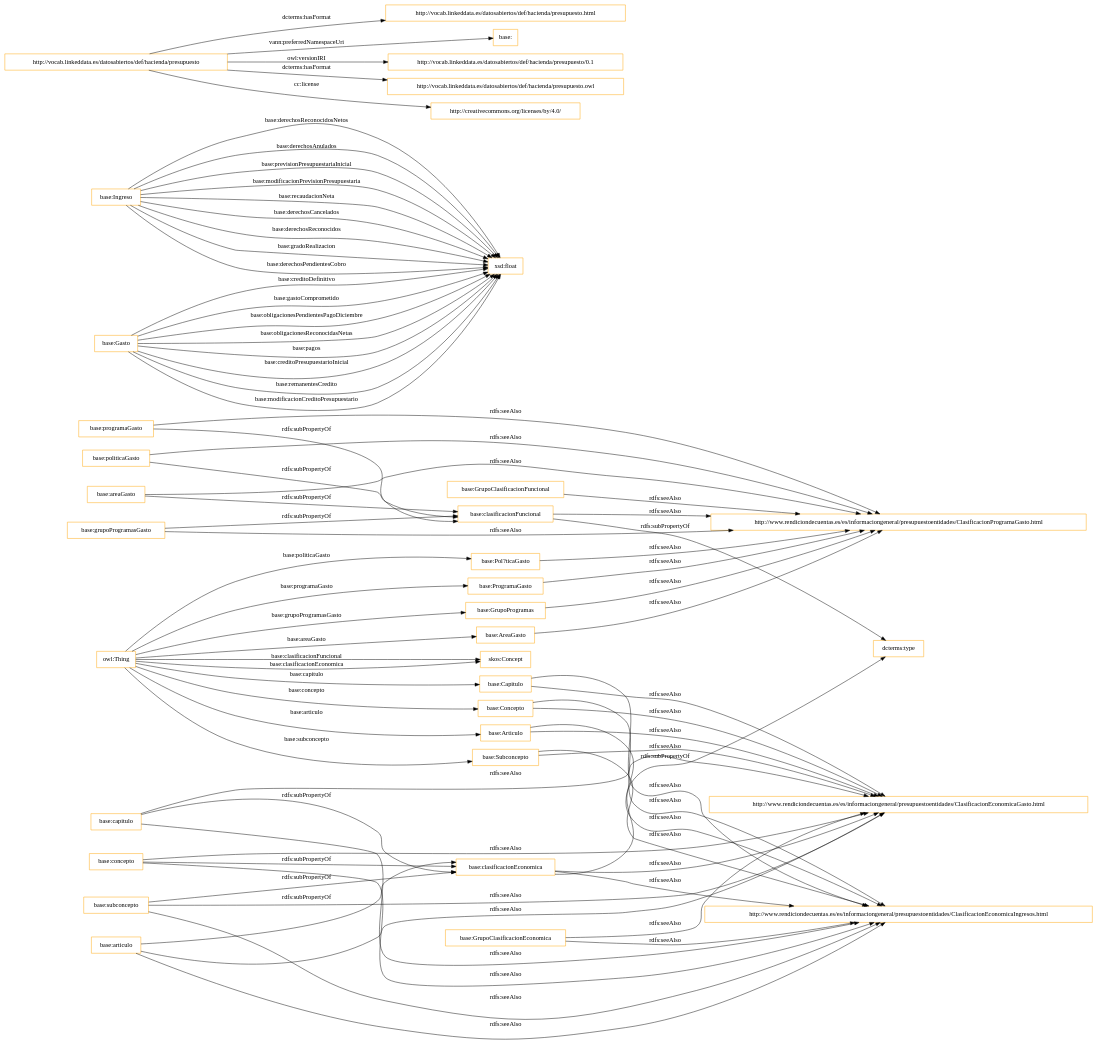
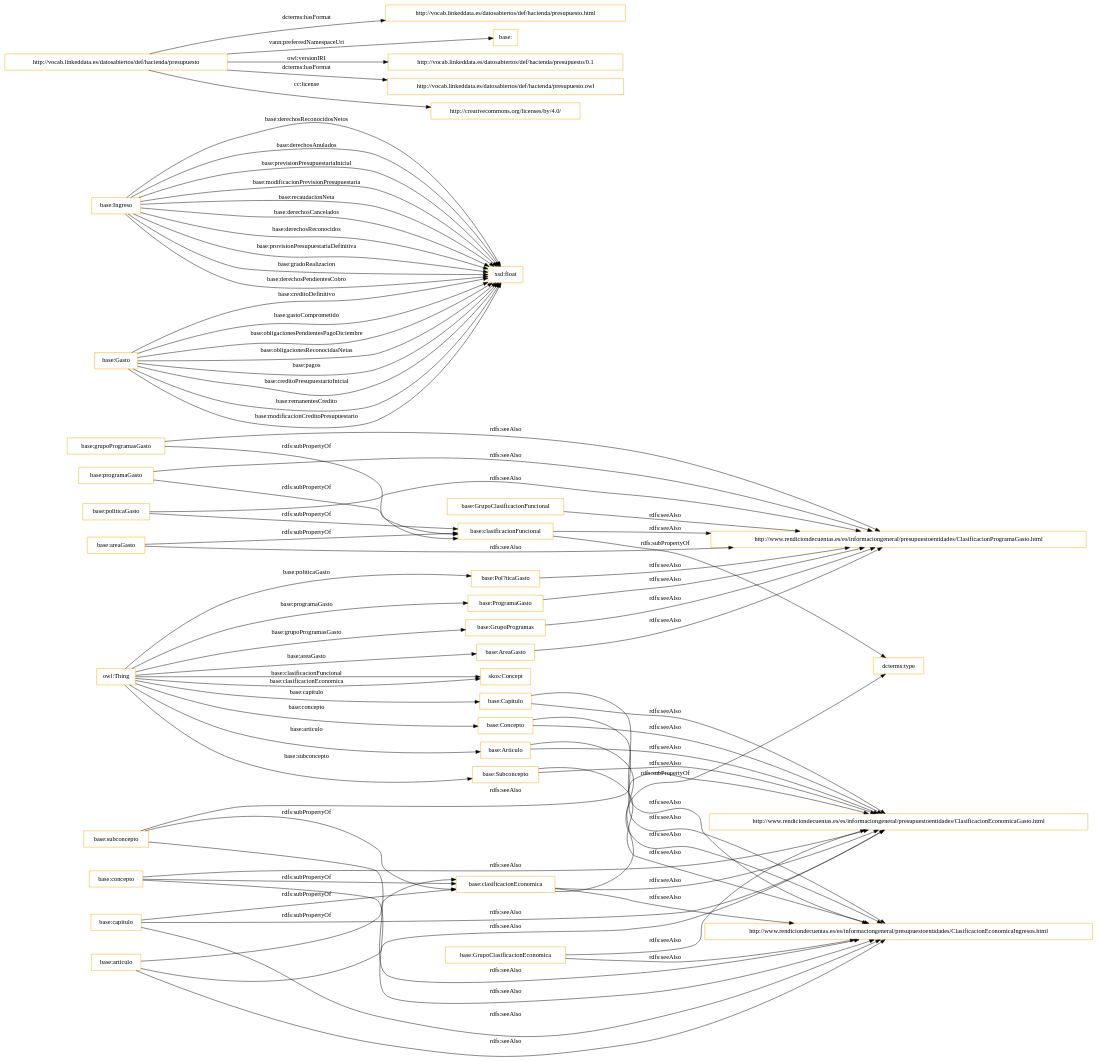
One commit to opencitydata/vocabularios-datos-abiertos changed the diagram in OnToology/hacienda/presupuesto.owl/diagrams/ar2dtool-class/presupuesto.owl.png.dot. Above: the diagram before and after it, drawn with Graphviz. The commit also changed 26 other files, not shown here.

```diff
--- a/OnToology/hacienda/presupuesto.owl/diagrams/ar2dtool-class/presupuesto.owl.png.dot
+++ b/OnToology/hacienda/presupuesto.owl/diagrams/ar2dtool-class/presupuesto.owl.png.dot
@@ -1,78 +1,79 @@
 digraph ar2dtool_diagram { 
 rankdir=LR;
 size="1501"
 node [shape = rectangle, color="orange"]; "base:GrupoProgramas" "base:GrupoClasificacionFuncional" "base:Ingreso" "base:AreaGasto" "base:Articulo" "base:Pol?ticaGasto" "base:ProgramaGasto" "skos:Concept" "base:Capitulo" "base:Subconcepto" "base:Gasto" "base:GrupoClasificacionEconomica" "base:Concepto" ; /*classes style*/
+	"base:grupoProgramasGasto" -> "http://www.rendiciondecuentas.es/es/informaciongeneral/presupuestoentidades/ClasificacionProgramaGasto.html" [ label = "rdfs:seeAlso" ];
+	"base:grupoProgramasGasto" -> "base:clasificacionFuncional" [ label = "rdfs:subPropertyOf" ];
+	"base:Concepto" -> "http://www.rendiciondecuentas.es/es/informaciongeneral/presupuestoentidades/ClasificacionEconomicaIngresos.html" [ label = "rdfs:seeAlso" ];
+	"base:Concepto" -> "http://www.rendiciondecuentas.es/es/informaciongeneral/presupuestoentidades/ClasificacionEconomicaGasto.html" [ label = "rdfs:seeAlso" ];
 	"base:concepto" -> "http://www.rendiciondecuentas.es/es/informaciongeneral/presupuestoentidades/ClasificacionEconomicaIngresos.html" [ label = "rdfs:seeAlso" ];
 	"base:concepto" -> "http://www.rendiciondecuentas.es/es/informaciongeneral/presupuestoentidades/ClasificacionEconomicaGasto.html" [ label = "rdfs:seeAlso" ];
 	"base:concepto" -> "base:clasificacionEconomica" [ label = "rdfs:subPropertyOf" ];
-	"base:programaGasto" -> "http://www.rendiciondecuentas.es/es/informaciongeneral/presupuestoentidades/ClasificacionProgramaGasto.html" [ label = "rdfs:seeAlso" ];
-	"base:programaGasto" -> "base:clasificacionFuncional" [ label = "rdfs:subPropertyOf" ];
-	"base:Subconcepto" -> "http://www.rendiciondecuentas.es/es/informaciongeneral/presupuestoentidades/ClasificacionEconomicaIngresos.html" [ label = "rdfs:seeAlso" ];
-	"base:Subconcepto" -> "http://www.rendiciondecuentas.es/es/informaciongeneral/presupuestoentidades/ClasificacionEconomicaGasto.html" [ label = "rdfs:seeAlso" ];
+	"base:Capitulo" -> "http://www.rendiciondecuentas.es/es/informaciongeneral/presupuestoentidades/ClasificacionEconomicaIngresos.html" [ label = "rdfs:seeAlso" ];
+	"base:Capitulo" -> "http://www.rendiciondecuentas.es/es/informaciongeneral/presupuestoentidades/ClasificacionEconomicaGasto.html" [ label = "rdfs:seeAlso" ];
+	"base:capitulo" -> "http://www.rendiciondecuentas.es/es/informaciongeneral/presupuestoentidades/ClasificacionEconomicaIngresos.html" [ label = "rdfs:seeAlso" ];
+	"base:capitulo" -> "http://www.rendiciondecuentas.es/es/informaciongeneral/presupuestoentidades/ClasificacionEconomicaGasto.html" [ label = "rdfs:seeAlso" ];
+	"base:capitulo" -> "base:clasificacionEconomica" [ label = "rdfs:subPropertyOf" ];
+	"base:GrupoClasificacionFuncional" -> "http://www.rendiciondecuentas.es/es/informaciongeneral/presupuestoentidades/ClasificacionProgramaGasto.html" [ label = "rdfs:seeAlso" ];
+	"base:Pol?ticaGasto" -> "http://www.rendiciondecuentas.es/es/informaciongeneral/presupuestoentidades/ClasificacionProgramaGasto.html" [ label = "rdfs:seeAlso" ];
+	"base:GrupoProgramas" -> "http://www.rendiciondecuentas.es/es/informaciongeneral/presupuestoentidades/ClasificacionProgramaGasto.html" [ label = "rdfs:seeAlso" ];
+	"base:ProgramaGasto" -> "http://www.rendiciondecuentas.es/es/informaciongeneral/presupuestoentidades/ClasificacionProgramaGasto.html" [ label = "rdfs:seeAlso" ];
+	"base:clasificacionFuncional" -> "http://www.rendiciondecuentas.es/es/informaciongeneral/presupuestoentidades/ClasificacionProgramaGasto.html" [ label = "rdfs:seeAlso" ];
+	"base:clasificacionFuncional" -> "dcterms:type" [ label = "rdfs:subPropertyOf" ];
+	"base:politicaGasto" -> "http://www.rendiciondecuentas.es/es/informaciongeneral/presupuestoentidades/ClasificacionProgramaGasto.html" [ label = "rdfs:seeAlso" ];
+	"base:politicaGasto" -> "base:clasificacionFuncional" [ label = "rdfs:subPropertyOf" ];
 	"http://vocab.linkeddata.es/datosabiertos/def/hacienda/presupuesto" -> "http://vocab.linkeddata.es/datosabiertos/def/hacienda/presupuesto.html" [ label = "dcterms:hasFormat" ];
 	"http://vocab.linkeddata.es/datosabiertos/def/hacienda/presupuesto" -> "base:" [ label = "vann:preferredNamespaceUri" ];
 	"http://vocab.linkeddata.es/datosabiertos/def/hacienda/presupuesto" -> "http://vocab.linkeddata.es/datosabiertos/def/hacienda/presupuesto/0.1" [ label = "owl:versionIRI" ];
 	"http://vocab.linkeddata.es/datosabiertos/def/hacienda/presupuesto" -> "http://vocab.linkeddata.es/datosabiertos/def/hacienda/presupuesto.owl" [ label = "dcterms:hasFormat" ];
 	"http://vocab.linkeddata.es/datosabiertos/def/hacienda/presupuesto" -> "http://creativecommons.org/licenses/by/4.0/" [ label = "cc:license" ];
-	"base:Concepto" -> "http://www.rendiciondecuentas.es/es/informaciongeneral/presupuestoentidades/ClasificacionEconomicaIngresos.html" [ label = "rdfs:seeAlso" ];
-	"base:Concepto" -> "http://www.rendiciondecuentas.es/es/informaciongeneral/presupuestoentidades/ClasificacionEconomicaGasto.html" [ label = "rdfs:seeAlso" ];
+	"base:programaGasto" -> "http://www.rendiciondecuentas.es/es/informaciongeneral/presupuestoentidades/ClasificacionProgramaGasto.html" [ label = "rdfs:seeAlso" ];
+	"base:programaGasto" -> "base:clasificacionFuncional" [ label = "rdfs:subPropertyOf" ];
+	"base:AreaGasto" -> "http://www.rendiciondecuentas.es/es/informaciongeneral/presupuestoentidades/ClasificacionProgramaGasto.html" [ label = "rdfs:seeAlso" ];
+	"base:Subconcepto" -> "http://www.rendiciondecuentas.es/es/informaciongeneral/presupuestoentidades/ClasificacionEconomicaIngresos.html" [ label = "rdfs:seeAlso" ];
+	"base:Subconcepto" -> "http://www.rendiciondecuentas.es/es/informaciongeneral/presupuestoentidades/ClasificacionEconomicaGasto.html" [ label = "rdfs:seeAlso" ];
+	"base:GrupoClasificacionEconomica" -> "http://www.rendiciondecuentas.es/es/informaciongeneral/presupuestoentidades/ClasificacionEconomicaIngresos.html" [ label = "rdfs:seeAlso" ];
+	"base:GrupoClasificacionEconomica" -> "http://www.rendiciondecuentas.es/es/informaciongeneral/presupuestoentidades/ClasificacionEconomicaGasto.html" [ label = "rdfs:seeAlso" ];
+	"base:Articulo" -> "http://www.rendiciondecuentas.es/es/informaciongeneral/presupuestoentidades/ClasificacionEconomicaIngresos.html" [ label = "rdfs:seeAlso" ];
+	"base:Articulo" -> "http://www.rendiciondecuentas.es/es/informaciongeneral/presupuestoentidades/ClasificacionEconomicaGasto.html" [ label = "rdfs:seeAlso" ];
+	"base:articulo" -> "http://www.rendiciondecuentas.es/es/informaciongeneral/presupuestoentidades/ClasificacionEconomicaIngresos.html" [ label = "rdfs:seeAlso" ];
+	"base:articulo" -> "http://www.rendiciondecuentas.es/es/informaciongeneral/presupuestoentidades/ClasificacionEconomicaGasto.html" [ label = "rdfs:seeAlso" ];
+	"base:articulo" -> "base:clasificacionEconomica" [ label = "rdfs:subPropertyOf" ];
 	"base:areaGasto" -> "http://www.rendiciondecuentas.es/es/informaciongeneral/presupuestoentidades/ClasificacionProgramaGasto.html" [ label = "rdfs:seeAlso" ];
 	"base:areaGasto" -> "base:clasificacionFuncional" [ label = "rdfs:subPropertyOf" ];
-	"base:GrupoProgramas" -> "http://www.rendiciondecuentas.es/es/informaciongeneral/presupuestoentidades/ClasificacionProgramaGasto.html" [ label = "rdfs:seeAlso" ];
 	"base:subconcepto" -> "http://www.rendiciondecuentas.es/es/informaciongeneral/presupuestoentidades/ClasificacionEconomicaIngresos.html" [ label = "rdfs:seeAlso" ];
 	"base:subconcepto" -> "http://www.rendiciondecuentas.es/es/informaciongeneral/presupuestoentidades/ClasificacionEconomicaGasto.html" [ label = "rdfs:seeAlso" ];
 	"base:subconcepto" -> "base:clasificacionEconomica" [ label = "rdfs:subPropertyOf" ];
-	"base:GrupoClasificacionEconomica" -> "http://www.rendiciondecuentas.es/es/informaciongeneral/presupuestoentidades/ClasificacionEconomicaIngresos.html" [ label = "rdfs:seeAlso" ];
-	"base:GrupoClasificacionEconomica" -> "http://www.rendiciondecuentas.es/es/informaciongeneral/presupuestoentidades/ClasificacionEconomicaGasto.html" [ label = "rdfs:seeAlso" ];
-	"base:politicaGasto" -> "http://www.rendiciondecuentas.es/es/informaciongeneral/presupuestoentidades/ClasificacionProgramaGasto.html" [ label = "rdfs:seeAlso" ];
-	"base:politicaGasto" -> "base:clasificacionFuncional" [ label = "rdfs:subPropertyOf" ];
-	"base:Pol?ticaGasto" -> "http://www.rendiciondecuentas.es/es/informaciongeneral/presupuestoentidades/ClasificacionProgramaGasto.html" [ label = "rdfs:seeAlso" ];
 	"base:clasificacionEconomica" -> "http://www.rendiciondecuentas.es/es/informaciongeneral/presupuestoentidades/ClasificacionEconomicaIngresos.html" [ label = "rdfs:seeAlso" ];
 	"base:clasificacionEconomica" -> "http://www.rendiciondecuentas.es/es/informaciongeneral/presupuestoentidades/ClasificacionEconomicaGasto.html" [ label = "rdfs:seeAlso" ];
 	"base:clasificacionEconomica" -> "dcterms:type" [ label = "rdfs:subPropertyOf" ];
-	"base:articulo" -> "http://www.rendiciondecuentas.es/es/informaciongeneral/presupuestoentidades/ClasificacionEconomicaIngresos.html" [ label = "rdfs:seeAlso" ];
-	"base:articulo" -> "http://www.rendiciondecuentas.es/es/informaciongeneral/presupuestoentidades/ClasificacionEconomicaGasto.html" [ label = "rdfs:seeAlso" ];
-	"base:articulo" -> "base:clasificacionEconomica" [ label = "rdfs:subPropertyOf" ];
-	"base:grupoProgramasGasto" -> "http://www.rendiciondecuentas.es/es/informaciongeneral/presupuestoentidades/ClasificacionProgramaGasto.html" [ label = "rdfs:seeAlso" ];
-	"base:grupoProgramasGasto" -> "base:clasificacionFuncional" [ label = "rdfs:subPropertyOf" ];
-	"base:capitulo" -> "http://www.rendiciondecuentas.es/es/informaciongeneral/presupuestoentidades/ClasificacionEconomicaIngresos.html" [ label = "rdfs:seeAlso" ];
-	"base:capitulo" -> "http://www.rendiciondecuentas.es/es/informaciongeneral/presupuestoentidades/ClasificacionEconomicaGasto.html" [ label = "rdfs:seeAlso" ];
-	"base:capitulo" -> "base:clasificacionEconomica" [ label = "rdfs:subPropertyOf" ];
-	"base:GrupoClasificacionFuncional" -> "http://www.rendiciondecuentas.es/es/informaciongeneral/presupuestoentidades/ClasificacionProgramaGasto.html" [ label = "rdfs:seeAlso" ];
-	"base:AreaGasto" -> "http://www.rendiciondecuentas.es/es/informaciongeneral/presupuestoentidades/ClasificacionProgramaGasto.html" [ label = "rdfs:seeAlso" ];
-	"base:clasificacionFuncional" -> "http://www.rendiciondecuentas.es/es/informaciongeneral/presupuestoentidades/ClasificacionProgramaGasto.html" [ label = "rdfs:seeAlso" ];
-	"base:clasificacionFuncional" -> "dcterms:type" [ label = "rdfs:subPropertyOf" ];
-	"base:ProgramaGasto" -> "http://www.rendiciondecuentas.es/es/informaciongeneral/presupuestoentidades/ClasificacionProgramaGasto.html" [ label = "rdfs:seeAlso" ];
-	"base:Articulo" -> "http://www.rendiciondecuentas.es/es/informaciongeneral/presupuestoentidades/ClasificacionEconomicaIngresos.html" [ label = "rdfs:seeAlso" ];
-	"base:Articulo" -> "http://www.rendiciondecuentas.es/es/informaciongeneral/presupuestoentidades/ClasificacionEconomicaGasto.html" [ label = "rdfs:seeAlso" ];
-	"base:Capitulo" -> "http://www.rendiciondecuentas.es/es/informaciongeneral/presupuestoentidades/ClasificacionEconomicaIngresos.html" [ label = "rdfs:seeAlso" ];
-	"base:Capitulo" -> "http://www.rendiciondecuentas.es/es/informaciongeneral/presupuestoentidades/ClasificacionEconomicaGasto.html" [ label = "rdfs:seeAlso" ];
 	"base:Gasto" -> "xsd:float" [ label = "base:creditoDefinitivo" ];
 	"base:Ingreso" -> "xsd:float" [ label = "base:derechosReconocidosNetos" ];
 	"owl:Thing" -> "base:Articulo" [ label = "base:articulo" ];
 	"base:Ingreso" -> "xsd:float" [ label = "base:derechosAnulados" ];
 	"owl:Thing" -> "base:Concepto" [ label = "base:concepto" ];
 	"owl:Thing" -> "base:GrupoProgramas" [ label = "base:grupoProgramasGasto" ];
 	"base:Ingreso" -> "xsd:float" [ label = "base:previsionPresupuestariaInicial" ];
 	"owl:Thing" -> "base:ProgramaGasto" [ label = "base:programaGasto" ];
 	"base:Ingreso" -> "xsd:float" [ label = "base:modificacionPrevisionPresupuestaria" ];
 	"base:Gasto" -> "xsd:float" [ label = "base:gastoComprometido" ];
 	"base:Ingreso" -> "xsd:float" [ label = "base:recaudacionNeta" ];
 	"base:Gasto" -> "xsd:float" [ label = "base:obligacionesPendientesPagoDiciembre" ];
 	"base:Gasto" -> "xsd:float" [ label = "base:obligacionesReconocidasNetas" ];
 	"base:Ingreso" -> "xsd:float" [ label = "base:derechosCancelados" ];
 	"base:Gasto" -> "xsd:float" [ label = "base:pagos" ];
 	"base:Ingreso" -> "xsd:float" [ label = "base:derechosReconocidos" ];
+	"base:Ingreso" -> "xsd:float" [ label = "base:provisionPresupuestariaDefinitiva" ];
 	"base:Ingreso" -> "xsd:float" [ label = "base:gradoRealizacion" ];
 	"owl:Thing" -> "base:Pol?ticaGasto" [ label = "base:politicaGasto" ];
 	"owl:Thing" -> "base:Capitulo" [ label = "base:capitulo" ];
 	"base:Ingreso" -> "xsd:float" [ label = "base:derechosPendientesCobro" ];
+	"base:Gasto" -> "xsd:float" [ label = "base:creditoPresupuestarioInicial" ];
 	"owl:Thing" -> "base:AreaGasto" [ label = "base:areaGasto" ];
-	"base:Gasto" -> "xsd:float" [ label = "base:creditoPresupuestarioInicial" ];
 	"base:Gasto" -> "xsd:float" [ label = "base:remanentesCredito" ];
 	"base:Gasto" -> "xsd:float" [ label = "base:modificacionCreditoPresupuestario" ];
 	"owl:Thing" -> "base:Subconcepto" [ label = "base:subconcepto" ];
 	"owl:Thing" -> "skos:Concept" [ label = "base:clasificacionEconomica" ];
 	"owl:Thing" -> "skos:Concept" [ label = "base:clasificacionFuncional" ];
 
 }
```
